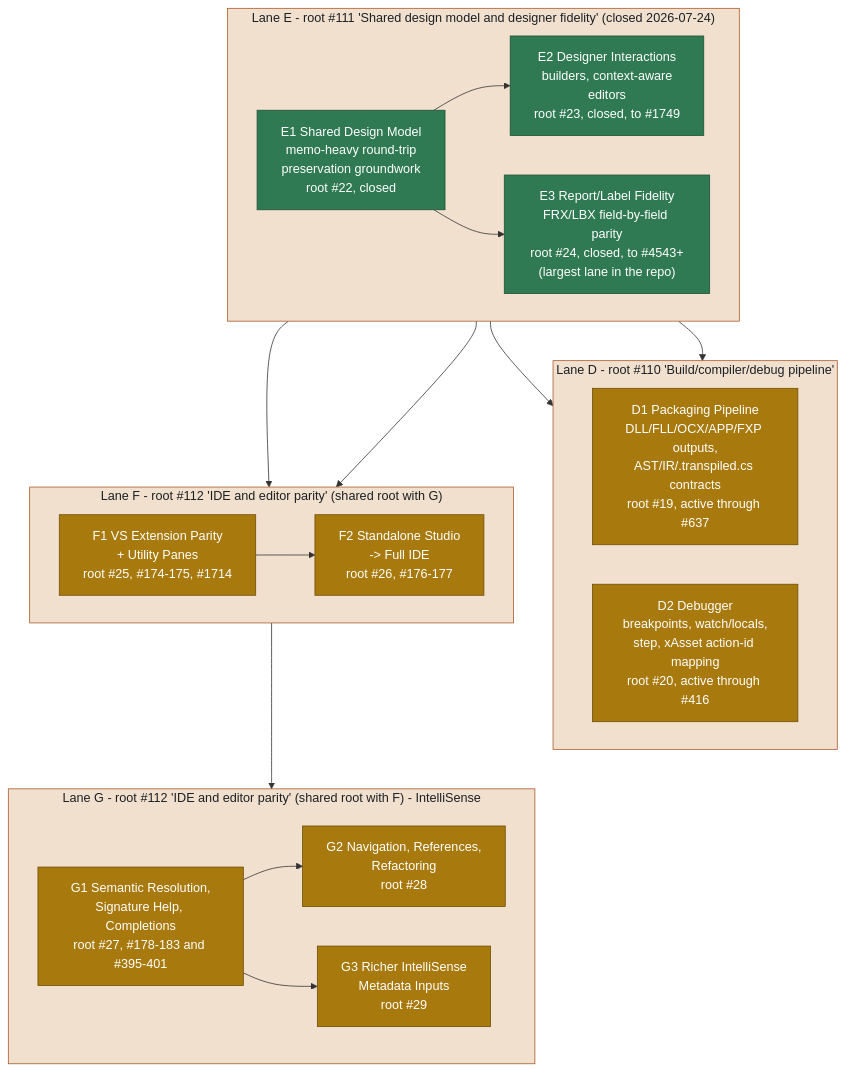
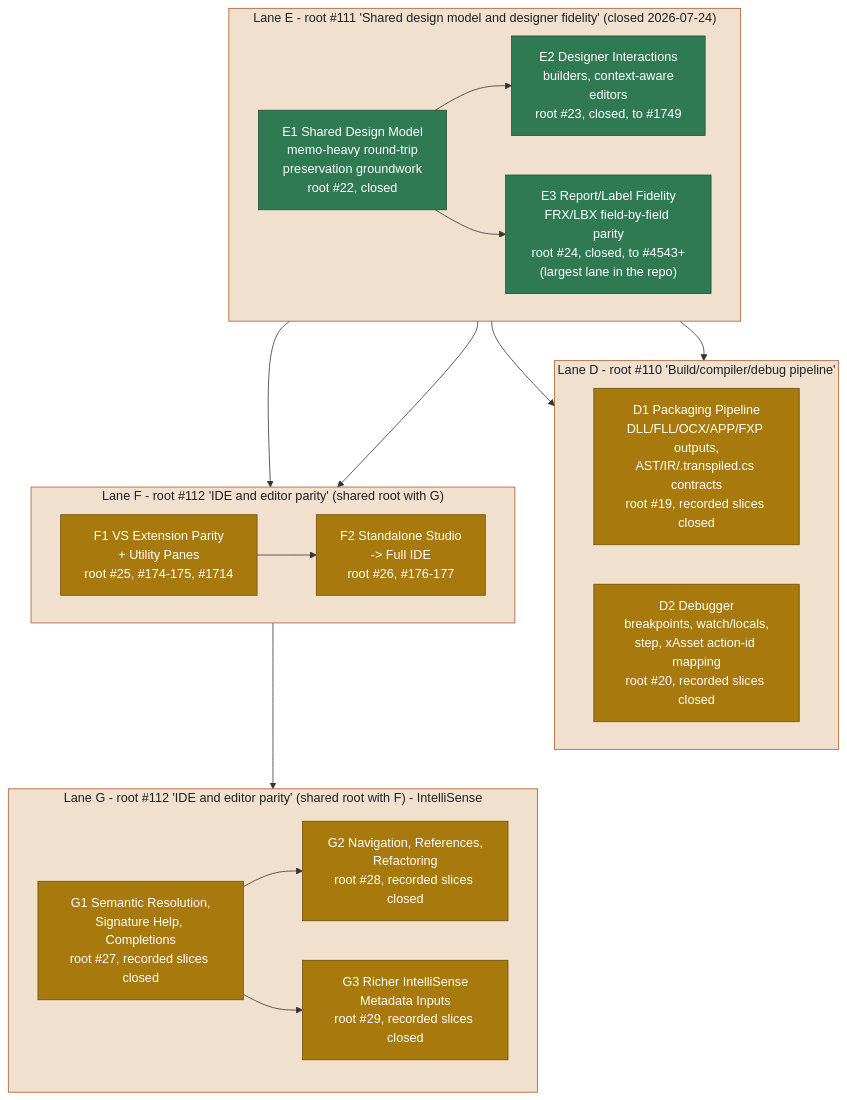
Before and after one commit to rhamenator/Project-Copperfin: the diagram in docs/diagrams/roadmap-phase-c-lanes-defg.md, drawn with Mermaid. The commit also changed other lines of this file and 1 other file, not shown here.

Commit message:
Correct roadmap slice status labels

````diff
--- a/docs/diagrams/roadmap-phase-c-lanes-defg.md
+++ b/docs/diagrams/roadmap-phase-c-lanes-defg.md
@@ -10,49 +10,49 @@
 ```mermaid
 flowchart TB
     classDef done fill:#2f7a52,stroke:#1e5136,color:#ffffff,stroke-width:1px;
     classDef partial fill:#a8790c,stroke:#6e4f07,color:#ffffff,stroke-width:1px;
     classDef lane fill:#f2e0cf,stroke:#a85a2a,color:#1b2024,stroke-width:1px;
 
     subgraph LANED["Lane D - root #110 'Build/compiler/debug pipeline'"]
       direction LR
-      D1["D1 Packaging Pipeline<br/>DLL/FLL/OCX/APP/FXP outputs,<br/>AST/IR/.transpiled.cs contracts<br/>root #19, active through #637"]
-      D2["D2 Debugger<br/>breakpoints, watch/locals,<br/>step, xAsset action-id mapping<br/>root #20, active through #416"]
+      D1["D1 Packaging Pipeline<br/>DLL/FLL/OCX/APP/FXP outputs,<br/>AST/IR/.transpiled.cs contracts<br/>root #19, recorded slices closed"]
+      D2["D2 Debugger<br/>breakpoints, watch/locals,<br/>step, xAsset action-id mapping<br/>root #20, recorded slices closed"]
     end
 
     subgraph LANEE["Lane E - root #111 'Shared design model and designer fidelity' (closed 2026-07-24)"]
       direction LR
       E1["E1 Shared Design Model<br/>memo-heavy round-trip<br/>preservation groundwork<br/>root #22, closed"]
       E2["E2 Designer Interactions<br/>builders, context-aware<br/>editors<br/>root #23, closed, to #1749"]
       E3["E3 Report/Label Fidelity<br/>FRX/LBX field-by-field parity<br/>root #24, closed, to #4543+<br/>(largest lane in the repo)"]
       E1 --> E2
       E1 --> E3
     end
 
     subgraph LANEF["Lane F - root #112 'IDE and editor parity' (shared root with G)"]
       direction LR
       F1["F1 VS Extension Parity<br/>+ Utility Panes<br/>root #25, #174-175, #1714"]
       F2["F2 Standalone Studio<br/>-> Full IDE<br/>root #26, #176-177"]
       F1 --> F2
     end
 
     subgraph LANEG["Lane G - root #112 'IDE and editor parity' (shared root with F) - IntelliSense"]
       direction LR
-      G1["G1 Semantic Resolution,<br/>Signature Help, Completions<br/>root #27, #178-183 and #395-401"]
-      G2["G2 Navigation, References,<br/>Refactoring<br/>root #28"]
-      G3["G3 Richer IntelliSense<br/>Metadata Inputs<br/>root #29"]
+      G1["G1 Semantic Resolution,<br/>Signature Help, Completions<br/>root #27, recorded slices closed"]
+      G2["G2 Navigation, References,<br/>Refactoring<br/>root #28, recorded slices closed"]
+      G3["G3 Richer IntelliSense<br/>Metadata Inputs<br/>root #29, recorded slices closed"]
       G1 --> G2
       G1 --> G3
     end
 
     E2 --> F1
     E3 --> F1
     E2 --> D2
     E3 --> D1
     F1 --> G1
 
     class D1,D2 partial;
     class E1,E2,E3 done;
     class F1,F2 partial;
     class G1,G2,G3 partial;
     class LANED,LANEE,LANEF,LANEG lane;
 ```
````
